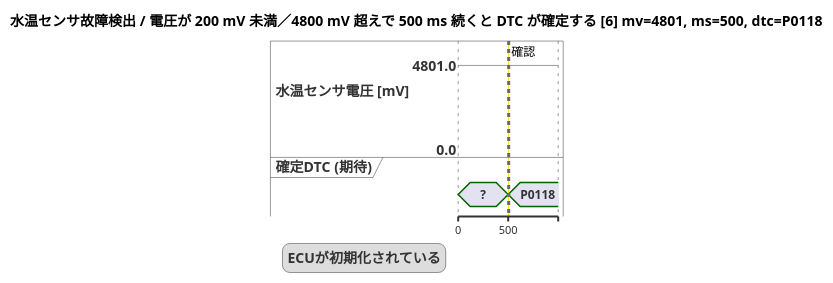
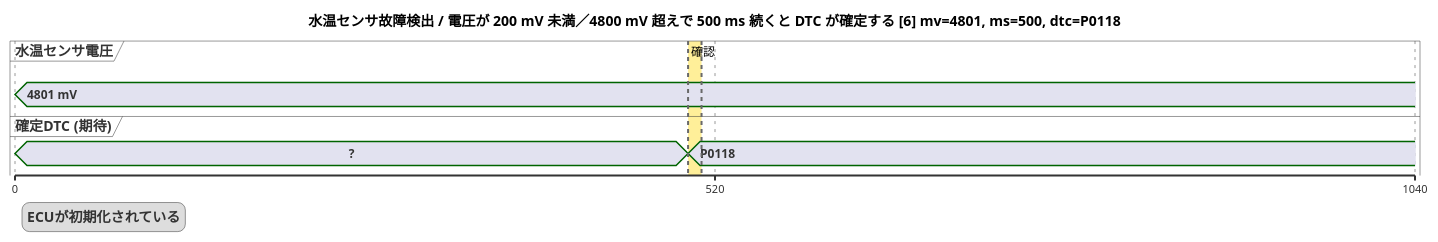
Before and after one commit to YitKubo/poc_bdd: the diagram in charts/ect_sensor_diag/電圧が_200_mV_未満／4800_mV_超えで_500_ms_続くと_DTC_が確定する_06.puml, drawn with PlantUML. The commit also changed 89 other files, not shown here.

```diff
--- a/charts/ect_sensor_diag/電圧が_200_mV_未満／4800_mV_超えで_500_ms_続くと_DTC_が確定する_06.puml
+++ b/charts/ect_sensor_diag/電圧が_200_mV_未満／4800_mV_超えで_500_ms_続くと_DTC_が確定する_06.puml
@@ -1,17 +1,18 @@
 @startuml
 skinparam defaultFontName IPAGothic
 title 水温センサ故障検出 / 電圧が 200 mV 未満／4800 mV 超えで 500 ms 続くと DTC が確定する [6] mv=4801, ms=500, dtc=P0118
+scale 520 as 700 pixels
 legend left
   ECUが初期化されている
 endlegend
-analog "水温センサ電圧 [mV]" between 0 and 4801 as s0
+concise "水温センサ電圧" as s0
 concise "確定DTC (期待)" as s1
 
 @0
-s0 is 4801
+s0 is "4801 mV"
 s1 is "?"
 @500
-s0 is 4801
 s1 is "P0118"
-highlight 500 to 510 #Gold;line:DimGrey : 確認
+@520
+highlight 500 to 510 #FFD70066;line:DimGrey : 確認
 @enduml
```
